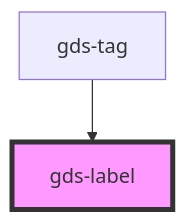
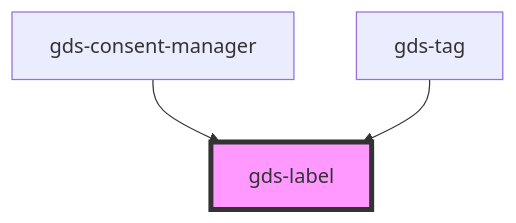
The diagram in src/components/gds-label/readme.md (generoi/genero-design-system), drawn with Mermaid before and after one commit. The commit also changed other lines of this file and 12 other files, not shown here.

Commit message:
Finalizing consent manager v.1

````diff
--- a/src/components/gds-label/readme.md
+++ b/src/components/gds-label/readme.md
@@ -21,5 +22,6 @@
 ```mermaid
 graph TD;
+  gds-consent-manager --> gds-label
   gds-tag --> gds-label
   style gds-label fill:#f9f,stroke:#333,stroke-width:4px
 ```
````
